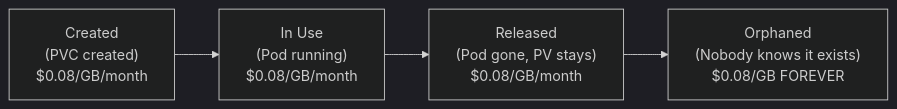
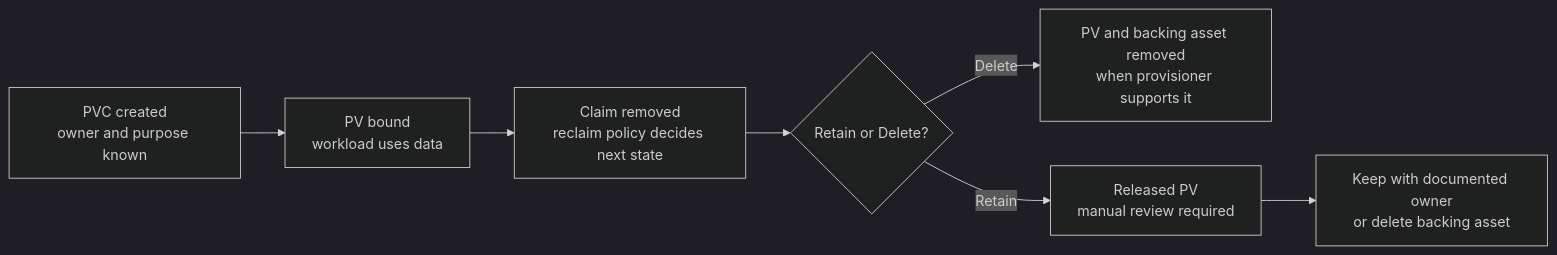
The third of 5 diagrams in src/content/docs/platform/disciplines/business-value/finops/module-1.5-storage-network-costs.md (kube-dojo/kube-dojo), drawn with Mermaid (dark theme) before and after one commit. The commit also changed other lines of this file and 2 other files, not shown here.

````diff
--- a/src/content/docs/platform/disciplines/business-value/finops/module-1.5-storage-network-costs.md
+++ b/src/content/docs/platform/disciplines/business-value/finops/module-1.5-storage-network-costs.md
@@ -137,6 +147,9 @@
 ```mermaid
 graph LR
-    A["Created<br/>(PVC created)<br/>$0.08/GB/month"] --> B["In Use<br/>(Pod running)<br/>$0.08/GB/month"]
-    B --> C["Released<br/>(Pod gone, PV stays)<br/>$0.08/GB/month"]
-    C --> D["Orphaned<br/>(Nobody knows it exists)<br/>$0.08/GB FOREVER"]
+    A["PVC created<br/>owner and purpose known"] --> B["PV bound<br/>workload uses data"]
+    B --> C["Claim removed<br/>reclaim policy decides next state"]
+    C --> D{"Retain or Delete?"}
+    D -- "Delete" --> E["PV and backing asset removed<br/>when provisioner supports it"]
+    D -- "Retain" --> F["Released PV<br/>manual review required"]
+    F --> G["Keep with documented owner<br/>or delete backing asset"]
 ```
````
